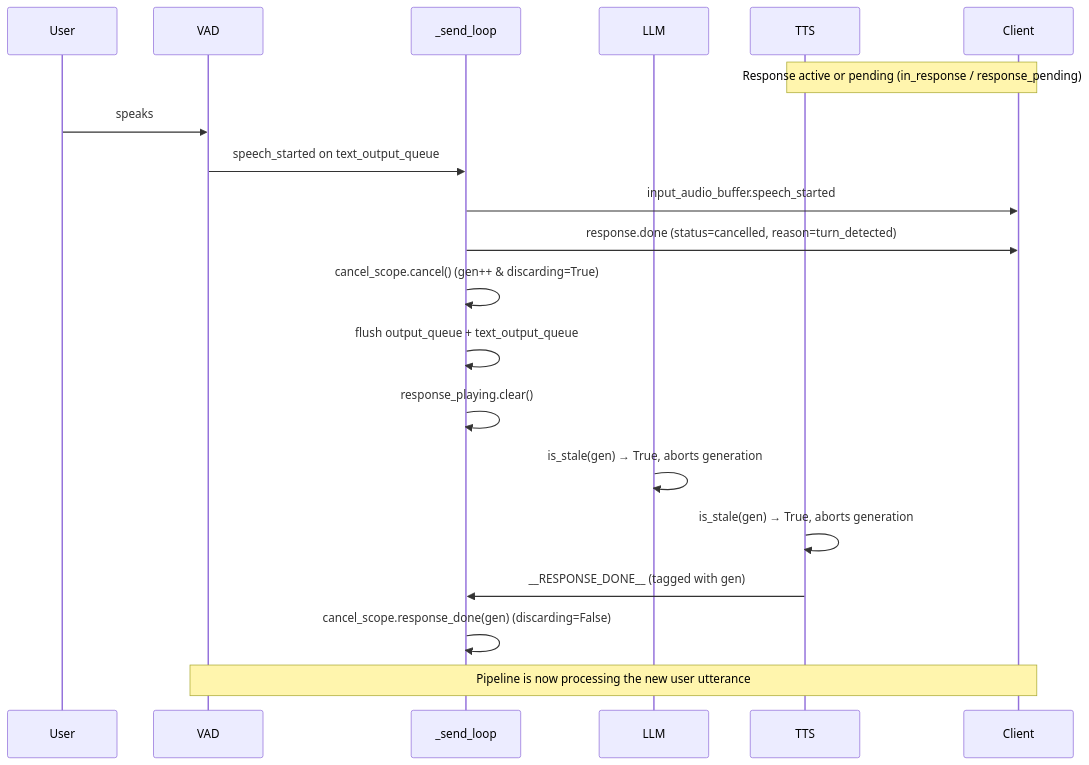
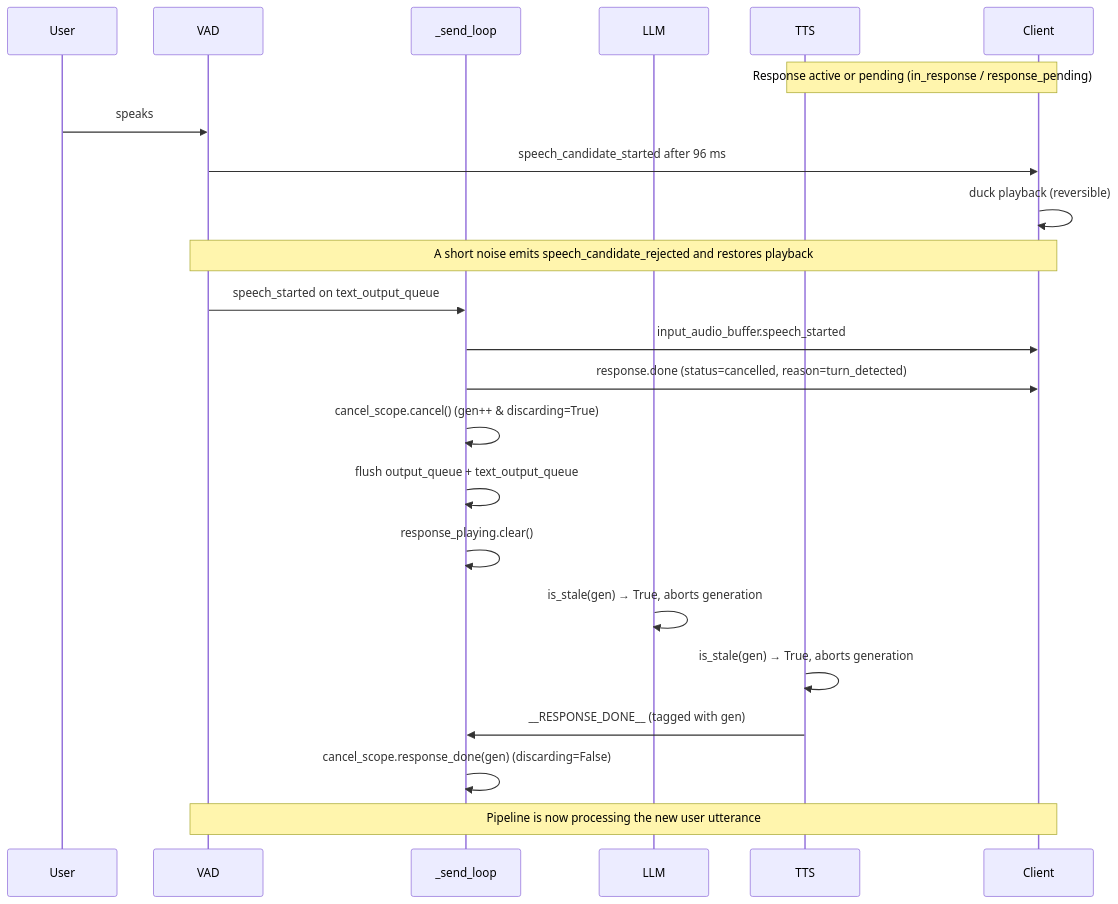
The second of 2 diagrams in src/speech_to_speech/api/openai_realtime/README.md (huggingface/speech-to-speech), drawn with Mermaid before and after one commit. The commit also changed other lines of this file and 19 other files, not shown here.

````diff
--- a/src/speech_to_speech/api/openai_realtime/README.md
+++ b/src/speech_to_speech/api/openai_realtime/README.md
@@ -165,23 +177,26 @@
 ```mermaid
 sequenceDiagram
     participant User
     participant VAD
     participant SendLoop as _send_loop
     participant LLM
     participant TTS
     participant Client
 
     Note over TTS,Client: Response active or pending (in_response / response_pending)
     User->>VAD: speaks
+    VAD->>Client: speech_candidate_started after 96 ms
+    Client->>Client: duck playback (reversible)
+    Note over VAD,Client: A short noise emits speech_candidate_rejected and restores playback
     VAD->>SendLoop: speech_started on text_output_queue
     SendLoop->>Client: input_audio_buffer.speech_started
     SendLoop->>Client: response.done (status=cancelled, reason=turn_detected)
     SendLoop->>SendLoop: cancel_scope.cancel() (gen++ & discarding=True)
     SendLoop->>SendLoop: flush output_queue + text_output_queue
     SendLoop->>SendLoop: response_playing.clear()
     LLM->>LLM: is_stale(gen) → True, aborts generation
     TTS->>TTS: is_stale(gen) → True, aborts generation
     TTS->>SendLoop: __RESPONSE_DONE__ (tagged with gen)
     SendLoop->>SendLoop: cancel_scope.response_done(gen) (discarding=False)
     Note over VAD,Client: Pipeline is now processing the new user utterance
 ```
````
